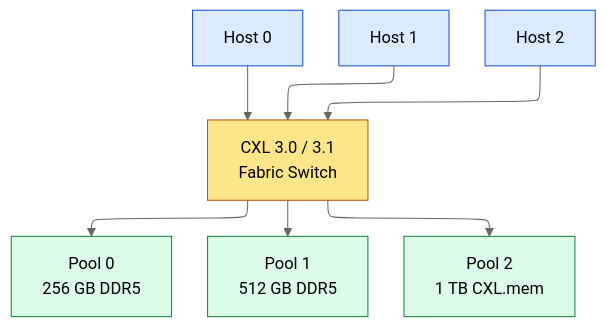
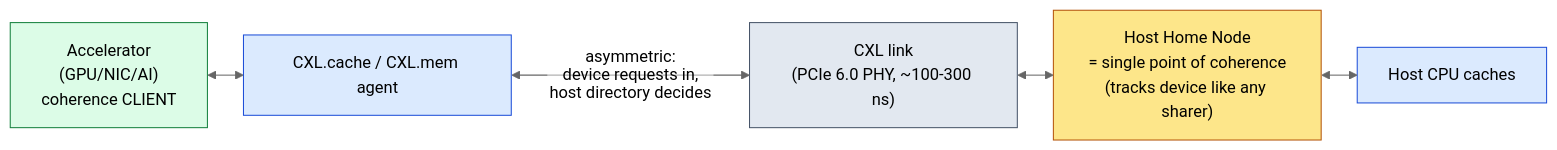
The third of 3 diagrams in 01_Architecture_and_PPA/12_ACE_and_CHI.md (Wty2003328/silicon-design-notebook), drawn with Mermaid (neutral theme) before and after one commit. The commit also changed other lines of this file and 26 other files, not shown here.

Commit message:
Concept-first hard rework checkpoint: Architecture, Fundamentals, Power folders complete (~25 pages reworked)

````diff
--- a/01_Architecture_and_PPA/12_ACE_and_CHI.md
+++ b/01_Architecture_and_PPA/12_ACE_and_CHI.md
@@ -1290,16 +208,18 @@
 ```mermaid
-%%{init: {"flowchart": {"defaultRenderer": "elk", "nodeSpacing": 60, "rankSpacing": 60, "htmlLabels": false}}}%%
-flowchart TD
-    H0["Host 0"] --> SW["CXL 3.0 / 3.1<br/>Fabric Switch"]
-    H1["Host 1"] --> SW
-    H2["Host 2"] --> SW
-    SW --> P0["Pool 0<br/>256 GB DDR5"]
-    SW --> P1["Pool 1<br/>512 GB DDR5"]
-    SW --> P2["Pool 2<br/>1 TB CXL.mem"]
-    classDef host fill:#dbeafe,stroke:#1d4ed8,color:#000
-    classDef sw fill:#fde68a,stroke:#b45309,color:#000
-    classDef pool fill:#dcfce7,stroke:#15803d,color:#000
-    class H0,H1,H2 host
-    class SW sw
-    class P0,P1,P2 pool
+%%{init: {"flowchart": {"defaultRenderer": "elk", "nodeSpacing": 55, "rankSpacing": 50, "htmlLabels": false}}}%%
+flowchart LR
+    DEV["Accelerator\n(GPU/NIC/AI)\ncoherence CLIENT"]:::dev
+    AG["CXL.cache / CXL.mem agent"]:::ag
+    LNK["CXL link\n(PCIe 6.0 PHY, ~100-300 ns)"]:::lnk
+    HN["Host Home Node\n= single point of coherence\n(tracks device like any sharer)"]:::hn
+    HOST["Host CPU caches"]:::rn
+    DEV <--> AG
+    AG <-->|"asymmetric:\ndevice requests in,\nhost directory decides"| LNK
+    LNK <--> HN
+    HN <--> HOST
+    classDef dev fill:#dcfce7,stroke:#15803d,color:#000
+    classDef ag fill:#dbeafe,stroke:#1d4ed8,color:#000
+    classDef lnk fill:#e2e8f0,stroke:#475569,color:#000
+    classDef hn fill:#fde68a,stroke:#b45309,color:#000
+    classDef rn fill:#dbeafe,stroke:#1d4ed8,color:#000
 ```
````
